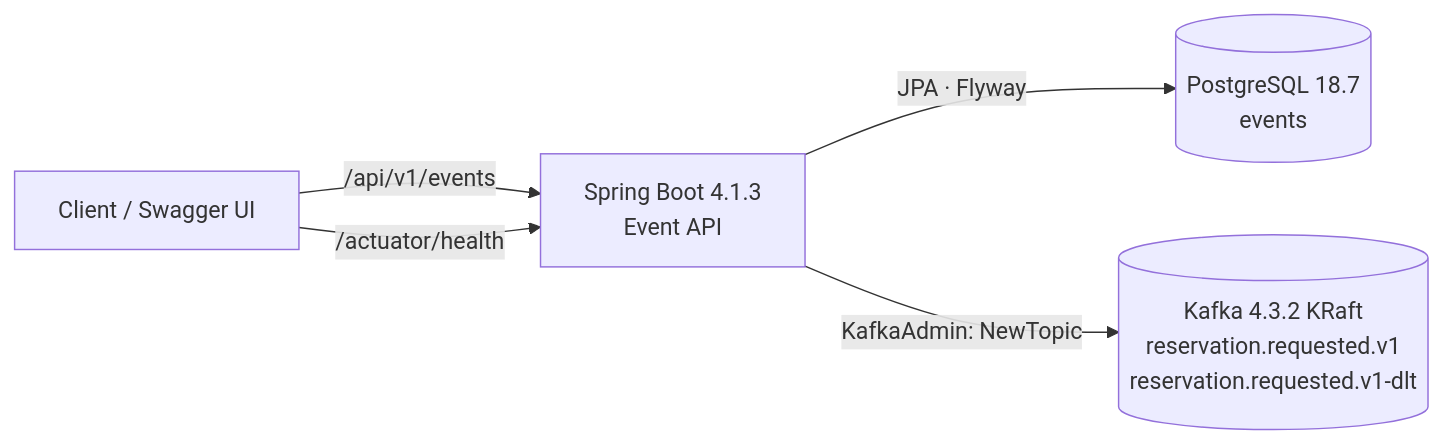
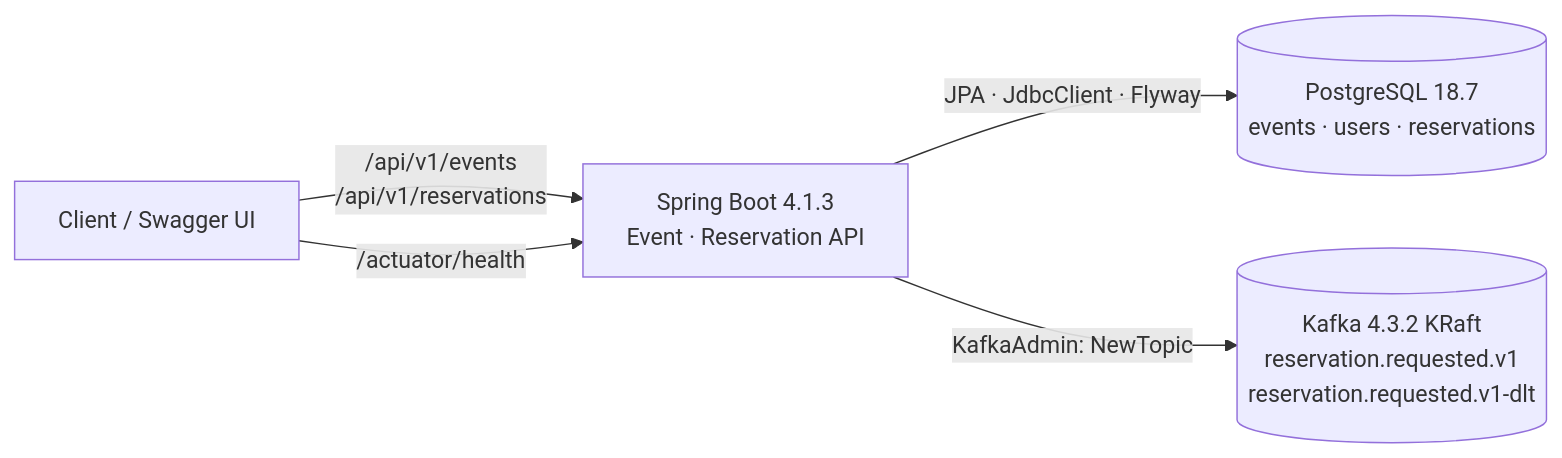
The first of 2 diagrams in docs/architecture.md (Ohhaeseo/ticketflow-kafka), drawn with Mermaid before and after one commit. The commit also changed other lines of this file and 5 other files, not shown here.

````diff
--- a/docs/architecture.md
+++ b/docs/architecture.md
@@ -8,7 +8,7 @@
 ```mermaid
 flowchart LR
-  Client[Client / Swagger UI] -->|/api/v1/events| API[Spring Boot 4.1.3<br/>Event API]
-  API -->|JPA · Flyway| PG[(PostgreSQL 18.7<br/>events)]
+  Client[Client / Swagger UI] -->|/api/v1/events<br/>/api/v1/reservations| API[Spring Boot 4.1.3<br/>Event · Reservation API]
+  API -->|JPA · JdbcClient · Flyway| PG[(PostgreSQL 18.7<br/>events · users · reservations)]
   API -->|KafkaAdmin: NewTopic| K[(Kafka 4.3.2 KRaft<br/>reservation.requested.v1<br/>reservation.requested.v1-dlt)]
   Client -->|/actuator/health| API
 ```
````
